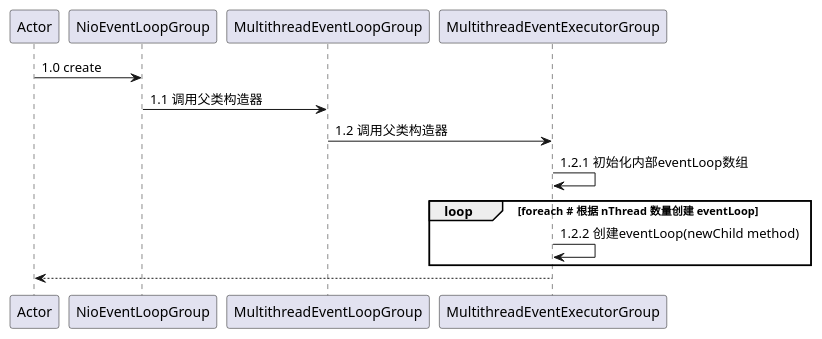
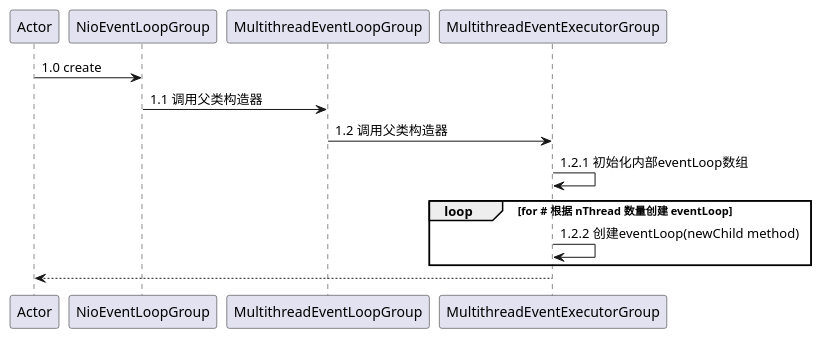
The diagram in puml/NioEventLoopGroup.puml (Simba-cheng/netty), drawn with PlantUML before and after one commit.

Commit message:
refactor(code): 源码添加注释

```diff
--- a/puml/NioEventLoopGroup.puml
+++ b/puml/NioEventLoopGroup.puml
@@ -1,12 +1,12 @@
 @startuml participant
 
 Actor -> NioEventLoopGroup: 1.0 create
 NioEventLoopGroup -> MultithreadEventLoopGroup: 1.1 调用父类构造器
 MultithreadEventLoopGroup -> MultithreadEventExecutorGroup: 1.2 调用父类构造器
 MultithreadEventExecutorGroup -> MultithreadEventExecutorGroup: 1.2.1 初始化内部eventLoop数组
-loop foreach # 根据 nThread 数量创建 eventLoop
+loop for # 根据 nThread 数量创建 eventLoop
 MultithreadEventExecutorGroup -> MultithreadEventExecutorGroup: 1.2.2 创建eventLoop(newChild method)
 end
 
 Actor <-- MultithreadEventExecutorGroup
 @enduml
```
